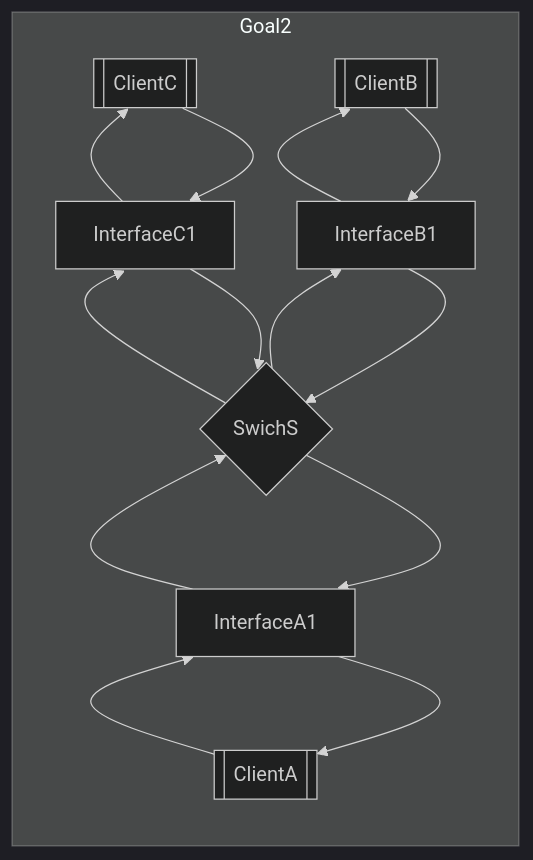
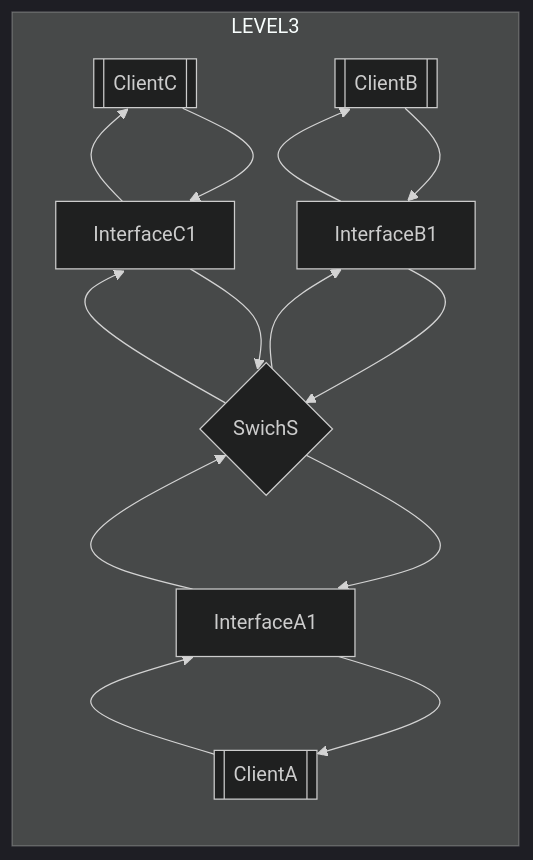
The first of 2 diagrams in level3.md (rikeda-cloud/net_practice), drawn with Mermaid before and after one commit. The commit also changed 7 other files, not shown here.

Commit message:
add level7.md && add chart label

````diff
--- a/level3.md
+++ b/level3.md
@@ -14,21 +14,21 @@
 ```mermaid
 %%{init:{'theme': 'dark'}}%%
 %%{init:{'flowchart': {'curve': 'natural'}}}%%
 flowchart
-subgraph Goal2
+subgraph LEVEL3
     direction BT
     CA[[ClientA]]
     CB[[ClientB]]
     CC[[ClientC]]
     IA[InterfaceA1]
     IB[InterfaceB1]
     IC[InterfaceC1]
     S{SwichS}
     CA-->IA-->CA
     IA-->S-->IA
     CC-->IC-->CC
     IC-->S-->IC
     CB-->IB-->CB
     IB-->S-->IB
 end
 ```
````
